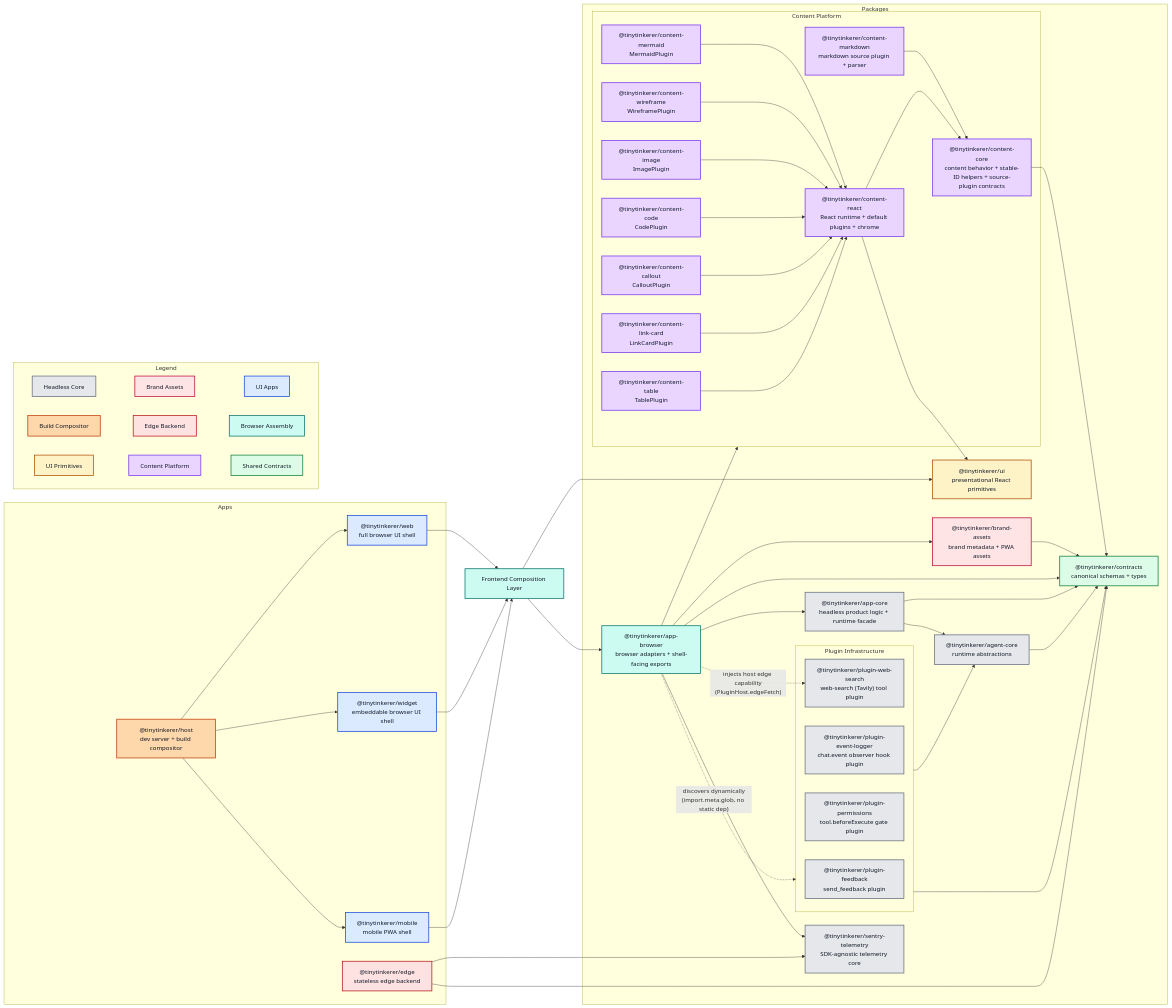
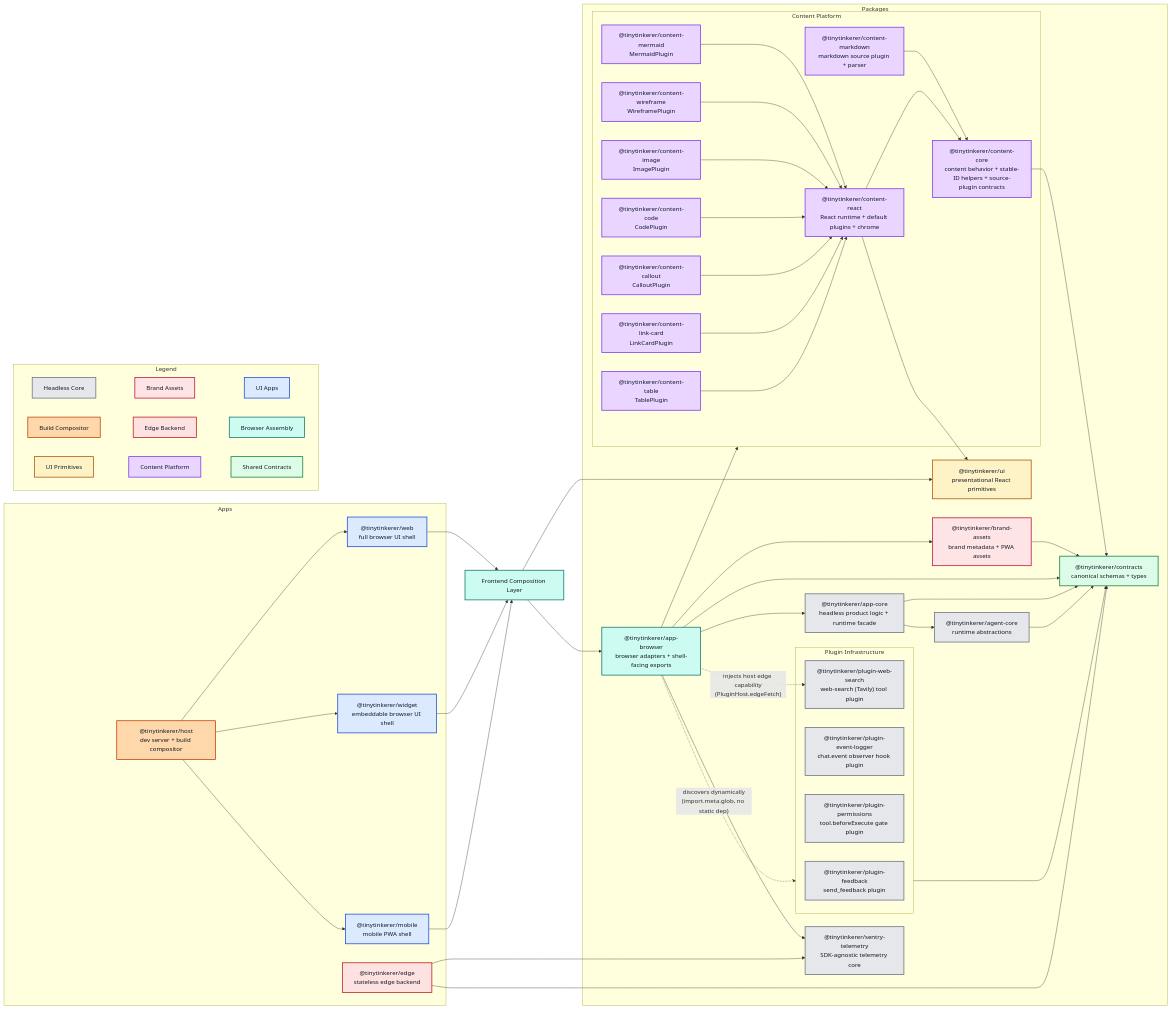
The diagram in docs/ARCHITECTURE.md (NNTin/tinytinkerer), drawn with Mermaid before and after one commit. The commit also changed other lines of this file and 23 other files, not shown here.

```diff
--- a/docs/ARCHITECTURE.md
+++ b/docs/ARCHITECTURE.md
@@ -111,7 +111,6 @@
   appbrowser -. "injects host edge capability<br/>(PluginHost.edgeFetch)" .-> pluginwebsearch
   appbrowser --> sentrytelemetry
 
-  PluginInfrastructure --> agent
   PluginInfrastructure --> contracts
 
   contentreact --> contentcore
```
